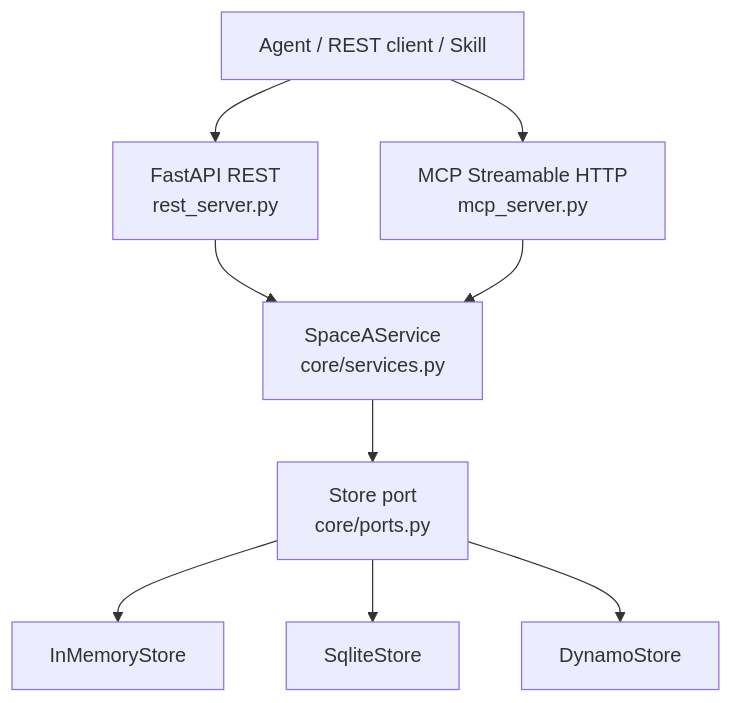
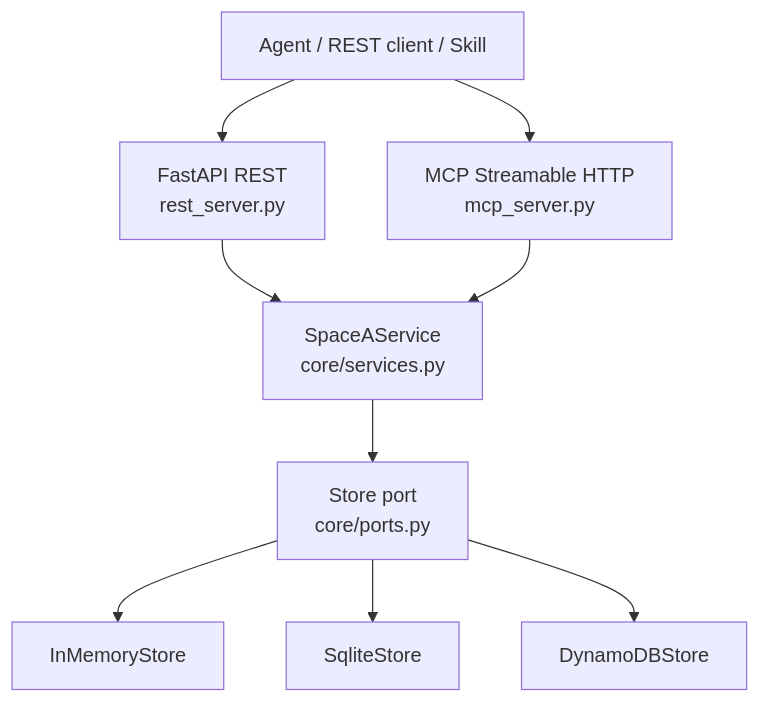
One commit to dev-team-404/space-a changed the first of 2 diagrams in docs/architecture/a-hub/02-work.md. Above: the diagram before and after it, drawn with Mermaid. The commit also changed other lines of this file and 1 other file, not shown here.

Commit message:
docs(architecture): clarify a-hub security boundaries

````diff
--- a/docs/architecture/a-hub/02-work.md
+++ b/docs/architecture/a-hub/02-work.md
@@ -25,11 +25,11 @@
 ```mermaid
 flowchart TB
     Client["Agent / REST client / Skill"] --> REST["FastAPI REST\nrest_server.py"]
     Client --> MCP["MCP Streamable HTTP\nmcp_server.py"]
     REST --> Service["SpaceAService\ncore/services.py"]
     MCP --> Service
     Service --> Port["Store port\ncore/ports.py"]
     Port --> Memory["InMemoryStore"]
     Port --> SQLite["SqliteStore"]
-    Port --> Dynamo["DynamoStore"]
+    Port --> Dynamo["DynamoDBStore"]
 ```
````
